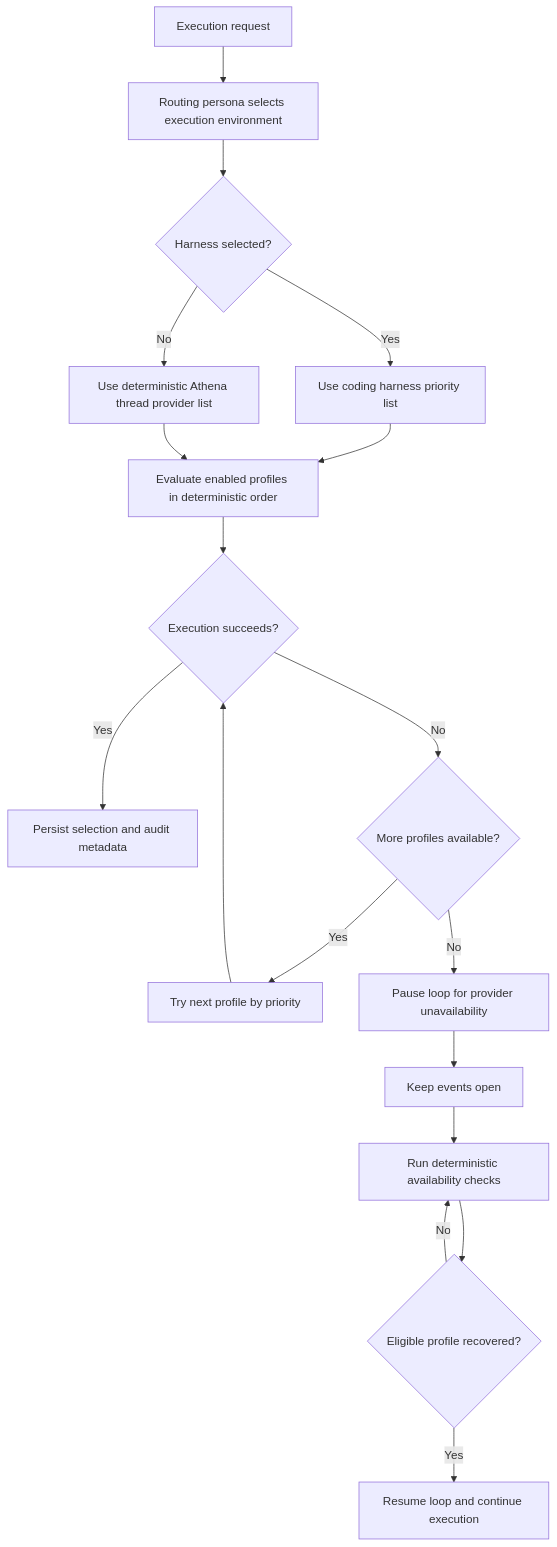
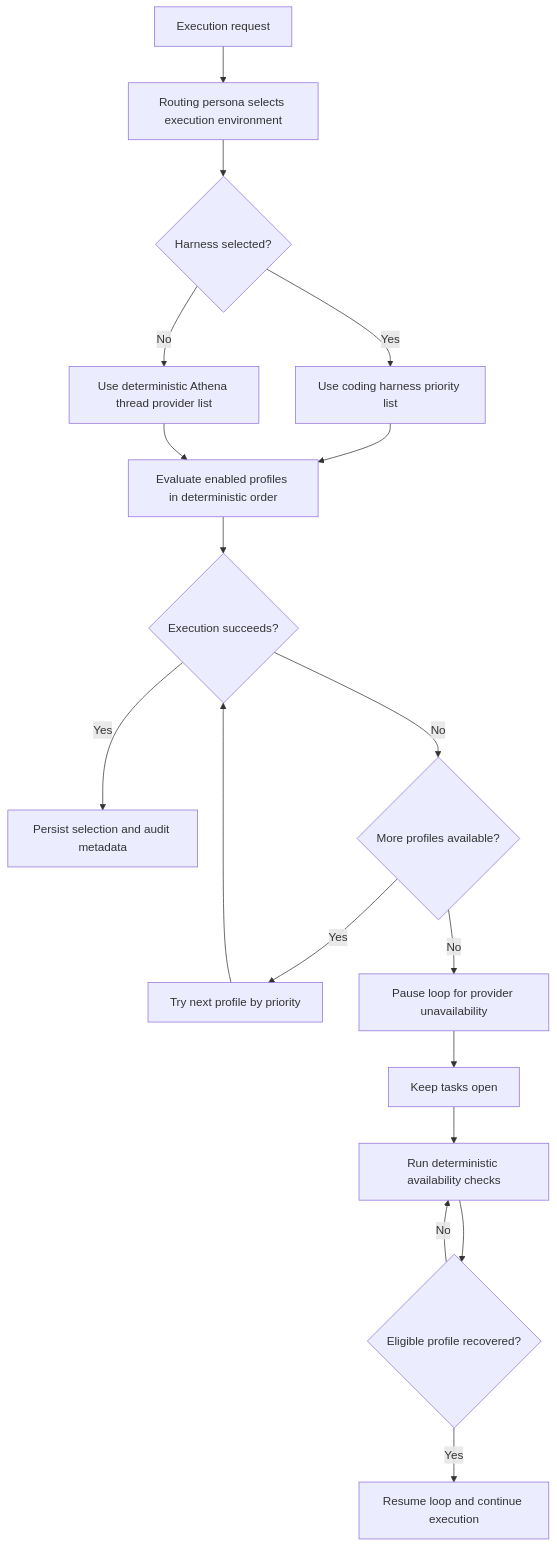
The diagram in docs/specs/definitions/llm-harness.md (canonical/athena), drawn with Mermaid before and after one commit. The commit also changed other lines of this file and 177 other files, not shown here.

````diff
--- a/docs/specs/definitions/llm-harness.md
+++ b/docs/specs/definitions/llm-harness.md
@@ -148,20 +148,20 @@
 ```mermaid
 flowchart TD
    A[Execution request] --> B[Routing persona selects execution environment]
    B --> C{Harness selected?}
    C -->|Yes| D[Use coding harness priority list]
    C -->|No| E[Use deterministic Athena thread provider list]
    D --> F[Evaluate enabled profiles in deterministic order]
    E --> F
    F --> G{Execution succeeds?}
    G -->|Yes| H[Persist selection and audit metadata]
    G -->|No| I{More profiles available?}
    I -->|Yes| J[Try next profile by priority]
    J --> G
    I -->|No| K[Pause loop for provider unavailability]
-   K --> L[Keep events open]
+   K --> L[Keep tasks open]
    L --> M[Run deterministic availability checks]
    M --> N{Eligible profile recovered?}
    N -->|Yes| O[Resume loop and continue execution]
    N -->|No| M
 ```
````
